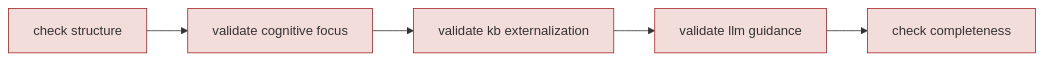
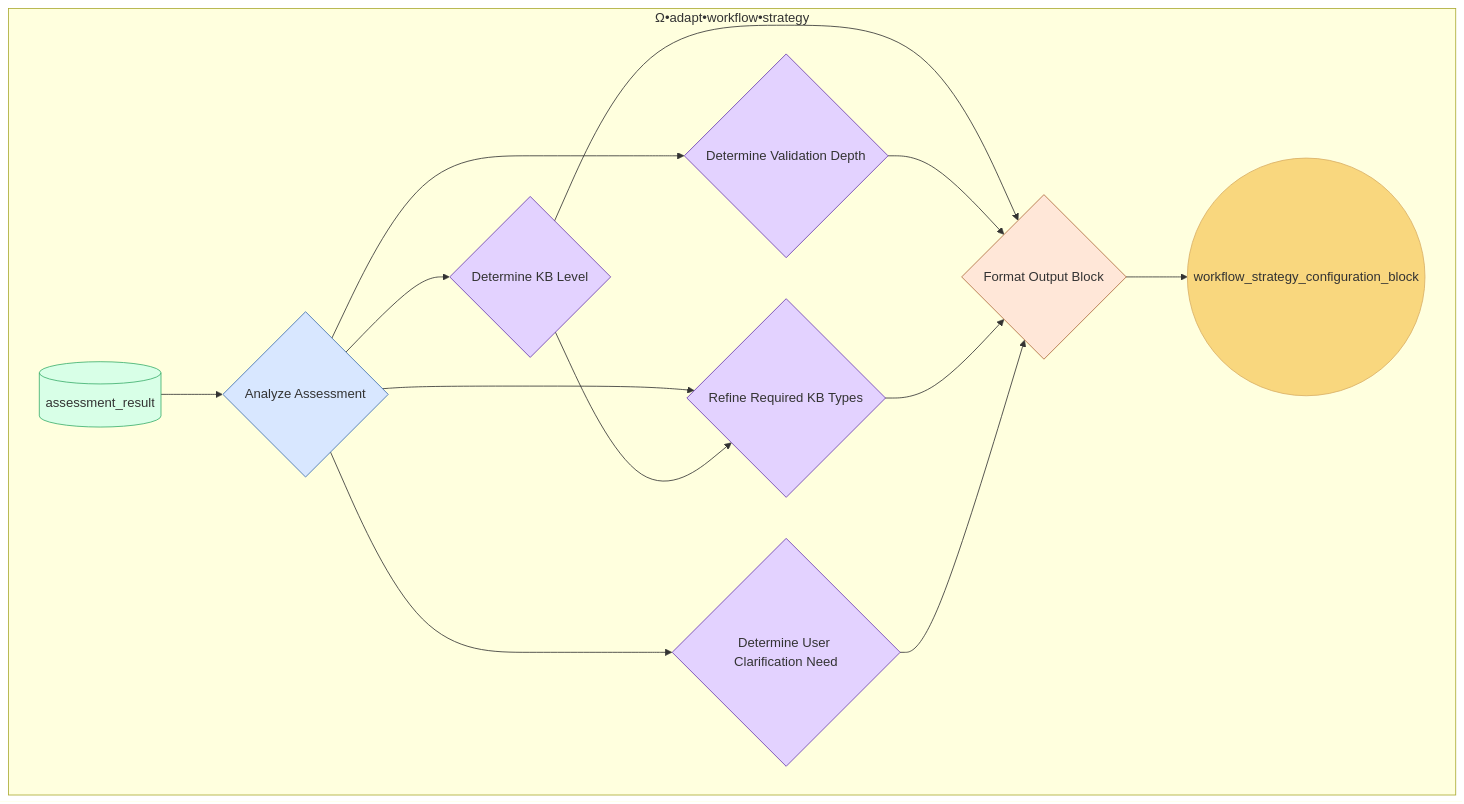
One commit to giak/cursor-rules-agile-workflow changed the fourth of 10 diagrams in .cursor/documentation/0000-cursor-rules-documentation.md. Above: the diagram before and after it, drawn with Mermaid. The commit also changed other lines of this file and 1 other file, not shown here.

````diff
--- a/.cursor/documentation/0000-cursor-rules-documentation.md
+++ b/.cursor/documentation/0000-cursor-rules-documentation.md
@@ -172,13 +181,29 @@
 ```mermaid
-flowchart LR
-    CS["check structure"] --> VCF["validate cognitive focus"]
-    VCF --> VKE["validate kb externalization"]
-    VKE --> VLG["validate llm guidance"]
-    VLG --> CC["check completeness"]
+graph TD
+    subgraph Strategy Adaptation [Ω•adapt•workflow•strategy]
+        direction LR
+        Input[(assessment_result)] --> A1{Analyze Assessment}
+        A1 --> D1{Determine KB Level}
+        A1 --> D2{Determine Validation Depth}
+        A1 --> D3{Refine Required KB Types}
+        A1 --> D4{Determine User Clarification Need}
+        D1 --> D3
+        D1 --> F1{Format Output Block}
+        D2 --> F1
+        D3 --> F1
+        D4 --> F1
+        F1 --> Output((workflow_strategy_configuration_block))
+    end
 
-    style CS fill:#f2dddb,stroke:#a52a2a,stroke-width:1px
-    style VCF fill:#f2dddb,stroke:#a52a2a,stroke-width:1px
-    style VKE fill:#f2dddb,stroke:#a52a2a,stroke-width:1px
-    style VLG fill:#f2dddb,stroke:#a52a2a,stroke-width:1px
-    style CC fill:#f2dddb,stroke:#a52a2a,stroke-width:1px
+    classDef inputNode fill:#d8ffe7,stroke:#3daf6d,stroke-width:1px
+    classDef processNode fill:#d8e7ff,stroke:#3d6daf,stroke-width:1px
+    classDef decisionNode fill:#e3d2ff,stroke:#6a3daf,stroke-width:1px
+    classDef formatNode fill:#ffe7d8,stroke:#af6d3d,stroke-width:1px
+    classDef outputNode fill:#f9d77e,stroke:#d9b066,stroke-width:1px
+
+    class Input inputNode
+    class A1 processNode
+    class D1,D2,D3,D4 decisionNode
+    class F1 formatNode
+    class Output outputNode
 ```
````
